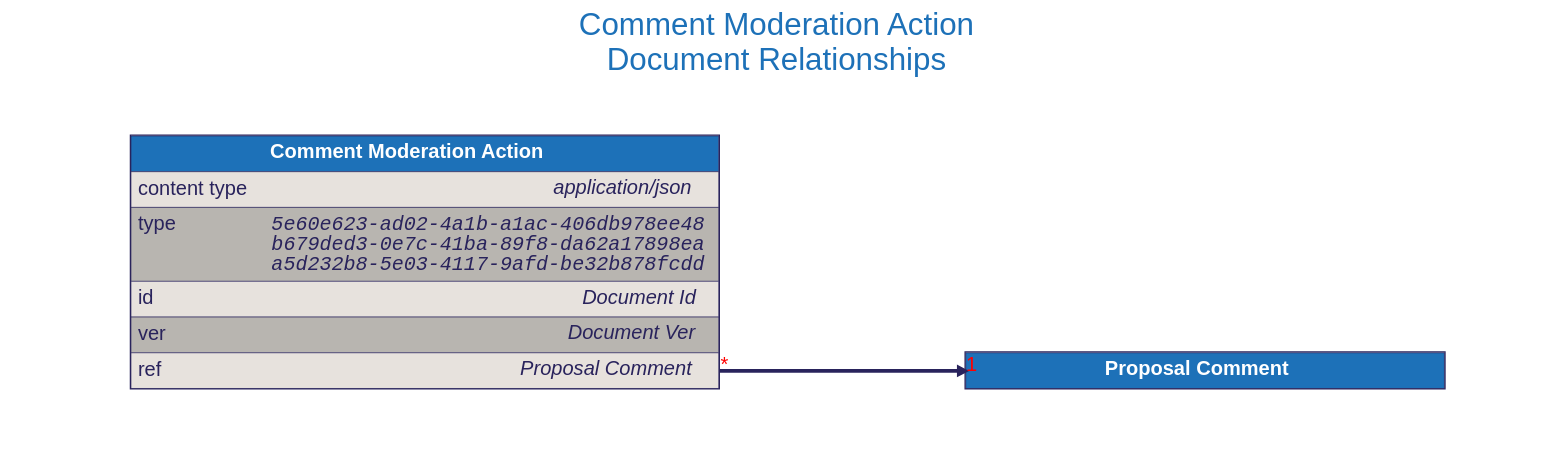
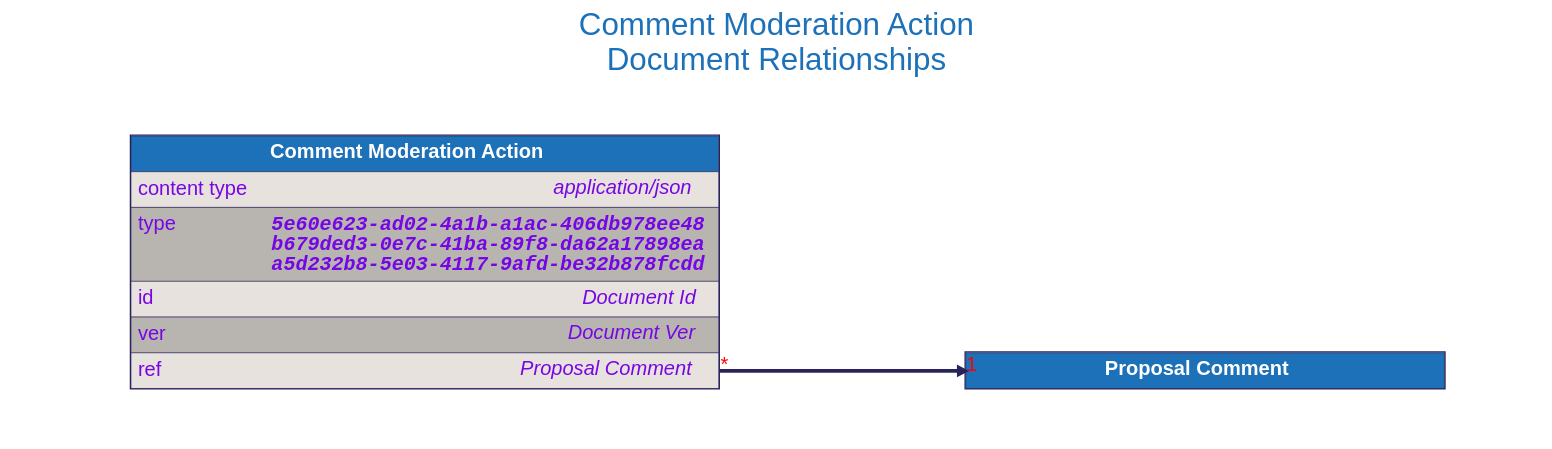
One commit to input-output-hk/catalyst-libs changed the diagram in docs/src/architecture/08_concepts/signed_doc/diagrams/comment_moderation_action.dot. Above: the diagram before and after it, drawn with Graphviz. The commit also changed 59 other files, not shown here.

```diff
--- a/docs/src/architecture/08_concepts/signed_doc/diagrams/comment_moderation_action.dot
+++ b/docs/src/architecture/08_concepts/signed_doc/diagrams/comment_moderation_action.dot
@@ -1,95 +1,97 @@
 digraph "Comment Moderation Action" {
     rankdir="LR"
-        graph [fontname="helvetica", fontsize="32", fontcolor="#29235c", bgcolor="white"];
-        node [penwidth="0", margin="0", fontname="helvetica", fontsize="32", fontcolor="#29235c"];
-        edge [fontname="helvetica", fontsize="32", fontcolor="red", color="#29235c"];
+    graph [fontname="helvetica", fontsize="32", fontcolor="#29235c", bgcolor="white"];
+    node [penwidth="0", margin="0", fontname="helvetica", fontsize="32", fontcolor="#29235c"];
+    edge [fontname="helvetica", fontsize="32", fontcolor="red", color="#29235c"];
 
     labelloc="t"
     label="Comment Moderation Action
 Document Relationships"
     fontcolor="#1d71b8"
     fontsize=50
+    compound=true
+
 
 
     "Proposal Comment" [
         id="Proposal Comment";
         label=<
             <TABLE BORDER="2" COLOR="#29235c" CELLBORDER="1" CELLSPACING="0" CELLPADDING="10">
             <TR>
                 <TD PORT="title" BGCOLOR="#1d71b8" HREF="../proposal_comment/">
                     <FONT COLOR="#ffffff"><B> Proposal Comment </B></FONT>
                 </TD>
             </TR>
 
             </TABLE>
         >
     ];
 
 
     "Comment Moderation Action" [
         id="Comment Moderation Action";
         label=<
             <TABLE BORDER="2" COLOR="#29235c" CELLBORDER="1" CELLSPACING="0" CELLPADDING="10">
             <TR>
                 <TD PORT="title" BGCOLOR="#1d71b8" HREF="../comment_moderation_action/">
                     <FONT COLOR="#ffffff"><B> Comment Moderation Action </B></FONT>
                 </TD>
             </TR>
             <TR>
                 <TD ALIGN="LEFT" PORT="content type" BGCOLOR="#e7e2dd">
                     <TABLE CELLPADDING="0" CELLSPACING="0" BORDER="0">
                         <TR>
-                            <TD ALIGN="LEFT" VALIGN="TOP" WIDTH="200"><FONT>content type</FONT></TD>
-                            <TD ALIGN="RIGHT"><FONT><I>application/json</I></FONT></TD>
+                            <TD ALIGN="LEFT" VALIGN="TOP" WIDTH="200"><FONT COLOR="#7706E5">content type</FONT></TD>
+                            <TD ALIGN="RIGHT"><FONT COLOR="#7706E5"><I>application/json</I></FONT></TD>
                         </TR>
                     </TABLE>
                 </TD>
             </TR>
             <TR>
                 <TD ALIGN="LEFT" PORT="type" BGCOLOR="#b8b5b0">
                     <TABLE CELLPADDING="0" CELLSPACING="0" BORDER="0">
                         <TR>
-                            <TD ALIGN="LEFT" VALIGN="TOP" WIDTH="200"><FONT>type</FONT></TD>
-                            <TD ALIGN="RIGHT"><FONT FACE="Courier"><I>5e60e623-ad02-4a1b-a1ac-406db978ee48<BR />b679ded3-0e7c-41ba-89f8-da62a17898ea<BR />a5d232b8-5e03-4117-9afd-be32b878fcdd</I></FONT></TD>
+                            <TD ALIGN="LEFT" VALIGN="TOP" WIDTH="200"><FONT COLOR="#7706E5">type</FONT></TD>
+                            <TD ALIGN="RIGHT"><FONT FACE="Courier" COLOR="#7706E5"><B><I>5e60e623-ad02-4a1b-a1ac-406db978ee48<BR />b679ded3-0e7c-41ba-89f8-da62a17898ea<BR />a5d232b8-5e03-4117-9afd-be32b878fcdd</I></B></FONT></TD>
                         </TR>
                     </TABLE>
                 </TD>
             </TR>
             <TR>
                 <TD ALIGN="LEFT" PORT="id" BGCOLOR="#e7e2dd">
                     <TABLE CELLPADDING="0" CELLSPACING="0" BORDER="0">
                         <TR>
-                            <TD ALIGN="LEFT" VALIGN="TOP" WIDTH="200"><FONT>id</FONT></TD>
-                            <TD ALIGN="RIGHT"><FONT><I>Document Id</I></FONT></TD>
+                            <TD ALIGN="LEFT" VALIGN="TOP" WIDTH="200"><FONT COLOR="#7706E5">id</FONT></TD>
+                            <TD ALIGN="RIGHT"><FONT COLOR="#7706E5"><I>Document Id</I></FONT></TD>
                         </TR>
                     </TABLE>
                 </TD>
             </TR>
             <TR>
                 <TD ALIGN="LEFT" PORT="ver" BGCOLOR="#b8b5b0">
                     <TABLE CELLPADDING="0" CELLSPACING="0" BORDER="0">
                         <TR>
-                            <TD ALIGN="LEFT" VALIGN="TOP" WIDTH="200"><FONT>ver</FONT></TD>
-                            <TD ALIGN="RIGHT"><FONT><I>Document Ver</I></FONT></TD>
+                            <TD ALIGN="LEFT" VALIGN="TOP" WIDTH="200"><FONT COLOR="#7706E5">ver</FONT></TD>
+                            <TD ALIGN="RIGHT"><FONT COLOR="#7706E5"><I>Document Ver</I></FONT></TD>
                         </TR>
                     </TABLE>
                 </TD>
             </TR>
             <TR>
                 <TD ALIGN="LEFT" PORT="ref" BGCOLOR="#e7e2dd">
                     <TABLE CELLPADDING="0" CELLSPACING="0" BORDER="0">
                         <TR>
-                            <TD ALIGN="LEFT" VALIGN="TOP" WIDTH="200"><FONT>ref</FONT></TD>
-                            <TD ALIGN="RIGHT"><FONT><I>Proposal Comment</I></FONT></TD>
+                            <TD ALIGN="LEFT" VALIGN="TOP" WIDTH="200"><FONT COLOR="#7706E5">ref</FONT></TD>
+                            <TD ALIGN="RIGHT"><FONT COLOR="#7706E5"><I>Proposal Comment</I></FONT></TD>
                         </TR>
                     </TABLE>
                 </TD>
             </TR>
 
             </TABLE>
         >
     ];
 
 
     "Comment Moderation Action":"ref":e -> "Proposal Comment":"title":w [dir=forward, penwidth=6, color="#29235c", headlabel="1", taillabel="*"]
 }
```
